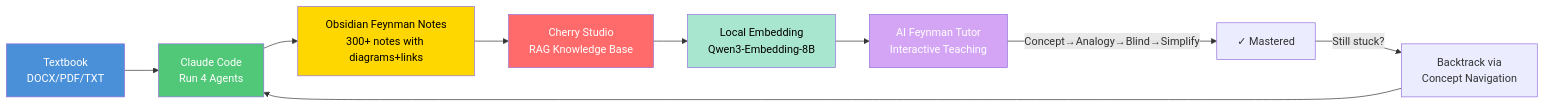
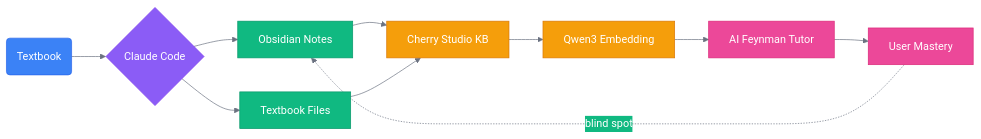
One commit to 3229218431/FeynFlow changed the second of 6 diagrams in README.en.md. Above: the diagram before and after it, drawn with Mermaid. The commit also changed other lines of this file and 2 other files, not shown here.

Commit message:
Sync all 3 READMEs: Chinese/English/Spanish with matching core content. Fix gantt with proper date format + Chinese labels. All charts localized per language.

````diff
--- a/README.en.md
+++ b/README.en.md
@@ -23,19 +61,19 @@
 ```mermaid
-flowchart LR
-    A[Textbook<br>DOCX/PDF/TXT] --> B[Claude Code<br>Run 4 Agents]
-    B --> C[Obsidian Feynman Notes<br>300+ notes with diagrams+links]
-    C --> D[Cherry Studio<br>RAG Knowledge Base]
-    D --> E[Local Embedding<br>Qwen3-Embedding-8B]
-    E --> F[AI Feynman Tutor<br>Interactive Teaching]
+%%{init: {'theme':'base','themeVariables': {'background': '#1a1b26','primaryColor': '#3B82F6','primaryTextColor': '#fff','primaryBorderColor': '#2563EB','lineColor': '#6B7280','secondaryColor': '#10B981','tertiaryColor': '#F59E0B','noteTextColor': '#d1d5db','noteBkgColor': '#1f2937'}}}%%
+graph LR
+    A(Textbook):::input --> B{Claude Code}:::process
+    B --> C[Obsidian Notes]:::output
+    B --> D[Textbook Files]:::output
+    C --> E[Cherry Studio KB]:::ai
+    D --> E
+    E --> F[Qwen3 Embedding]:::ai
+    F --> G[AI Feynman Tutor]:::learn
+    G --> H[User Mastery]:::learn
+    H -.->|blind spot| C
     
-    F -->|Concept→Analogy→Blind→Simplify| G[✓ Mastered]
-    G -->|Still stuck?| H[Backtrack via<br>Concept Navigation]
-    H --> B
-
-    style A fill:#4a90d9,color:#fff
-    style B fill:#50c878,color:#fff
-    style C fill:#ffd700,color:#000
-    style D fill:#ff6b6b,color:#fff
-    style E fill:#a8e6cf,color:#000
-    style F fill:#d4a5f5,color:#fff
+    classDef input fill:#3B82F6,stroke:#2563EB,color:#fff
+    classDef process fill:#8B5CF6,stroke:#7C3AED,color:#fff
+    classDef output fill:#10B981,stroke:#059669,color:#fff
+    classDef ai fill:#F59E0B,stroke:#D97706,color:#fff
+    classDef learn fill:#EC4899,stroke:#DB2777,color:#fff
 ```
````
